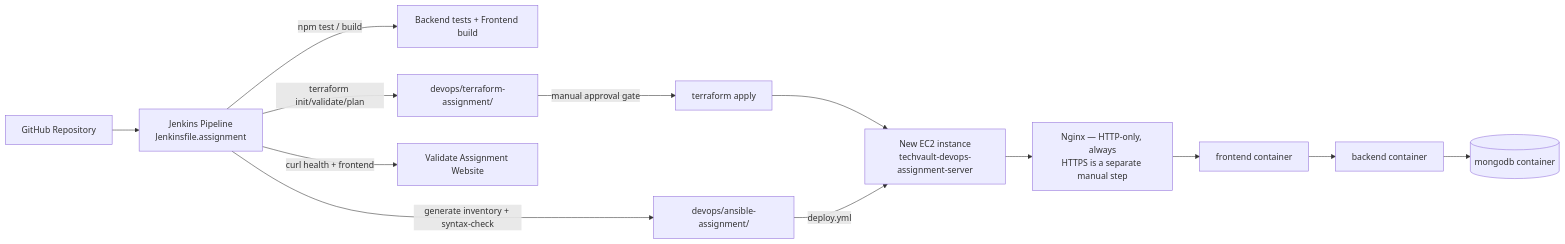
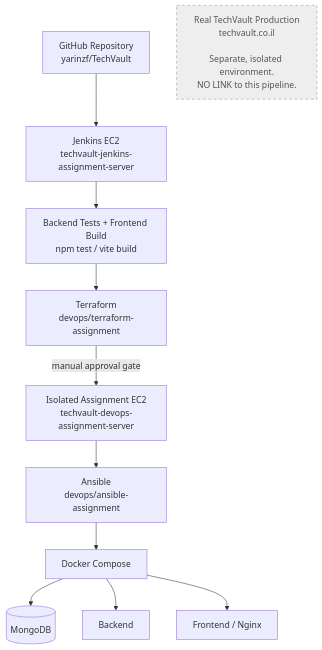
One commit to yarinzf/TechVault changed the diagram in devops/docs/DEVOPS_ASSIGNMENT.md. Above: the diagram before and after it, drawn with Mermaid. The commit also changed other lines of this file and 5 other files, not shown here.

Commit message:
docs(devops): publish complete assignment documentation

````diff
--- a/devops/docs/DEVOPS_ASSIGNMENT.md
+++ b/devops/docs/DEVOPS_ASSIGNMENT.md
@@ -77,15 +103,16 @@
 ```mermaid
-flowchart LR
-    GH[GitHub Repository] --> J[Jenkins Pipeline<br/>Jenkinsfile.assignment]
-    J -->|npm test / build| T1[Backend tests + Frontend build]
-    J -->|terraform init/validate/plan| TF[devops/terraform-assignment/]
-    TF -->|manual approval gate| TFA[terraform apply]
-    TFA --> EC2[New EC2 instance<br/>techvault-devops-assignment-server]
-    J -->|generate inventory + syntax-check| ANS[devops/ansible-assignment/]
-    ANS -->|deploy.yml| EC2
-    EC2 --> NG[Nginx — HTTP-only, always<br/>HTTPS is a separate manual step]
-    NG --> FEA[frontend container]
-    FEA --> BEA[backend container]
-    BEA --> DBA[(mongodb container)]
-    J -->|curl health + frontend| VAL[Validate Assignment Website]
+flowchart TD
+    GH["GitHub Repository<br/>yarinzf/TechVault"] --> JK["Jenkins EC2<br/>techvault-jenkins-assignment-server"]
+    JK --> TB["Backend Tests + Frontend Build<br/>npm test / vite build"]
+    TB --> TF["Terraform<br/>devops/terraform-assignment"]
+    TF -->|manual approval gate| EC2["Isolated Assignment EC2<br/>techvault-devops-assignment-server"]
+    EC2 --> AN["Ansible<br/>devops/ansible-assignment"]
+    AN --> DC["Docker Compose"]
+    DC --> MDB[("MongoDB")]
+    DC --> BE["Backend"]
+    DC --> FE["Frontend / Nginx"]
+
+    PROD["Real TechVault Production<br/>techvault.co.il<br/><br/>Separate, isolated environment.<br/>NO LINK to this pipeline."]
+
+    style PROD fill:#eee,stroke:#999,stroke-dasharray:5 5,color:#555
 ```
````
